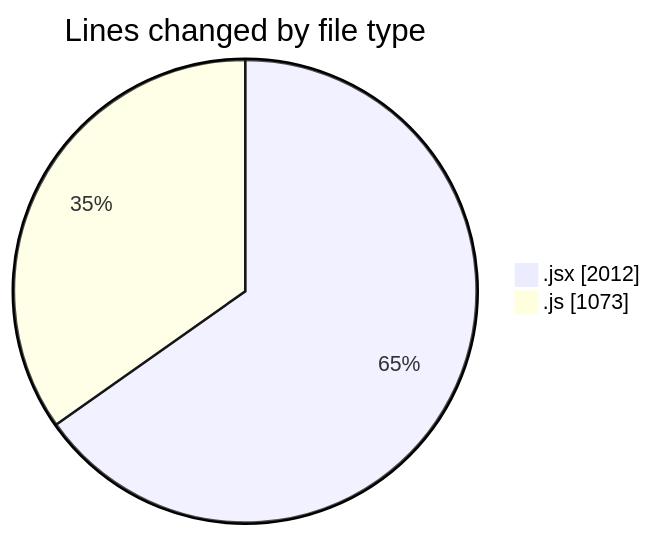
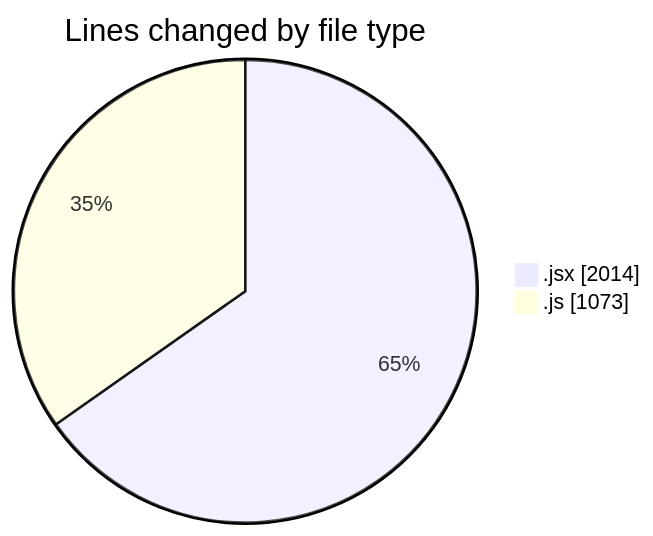
The first of 2 diagrams in 2025-06-04/nxtqube_webapp/README.md (nxtqubesakshisongat/code-tracking), drawn with Mermaid before and after one commit. The commit also changed other lines of this file and 1 other file, not shown here.

````diff
--- a/2025-06-04/nxtqube_webapp/README.md
+++ b/2025-06-04/nxtqube_webapp/README.md
@@ -26,6 +26,6 @@
 ```mermaid
 pie showData
 title Lines changed by file type
-".jsx" : 2012
+".jsx" : 2014
 ".js" : 1073
 ```
````
